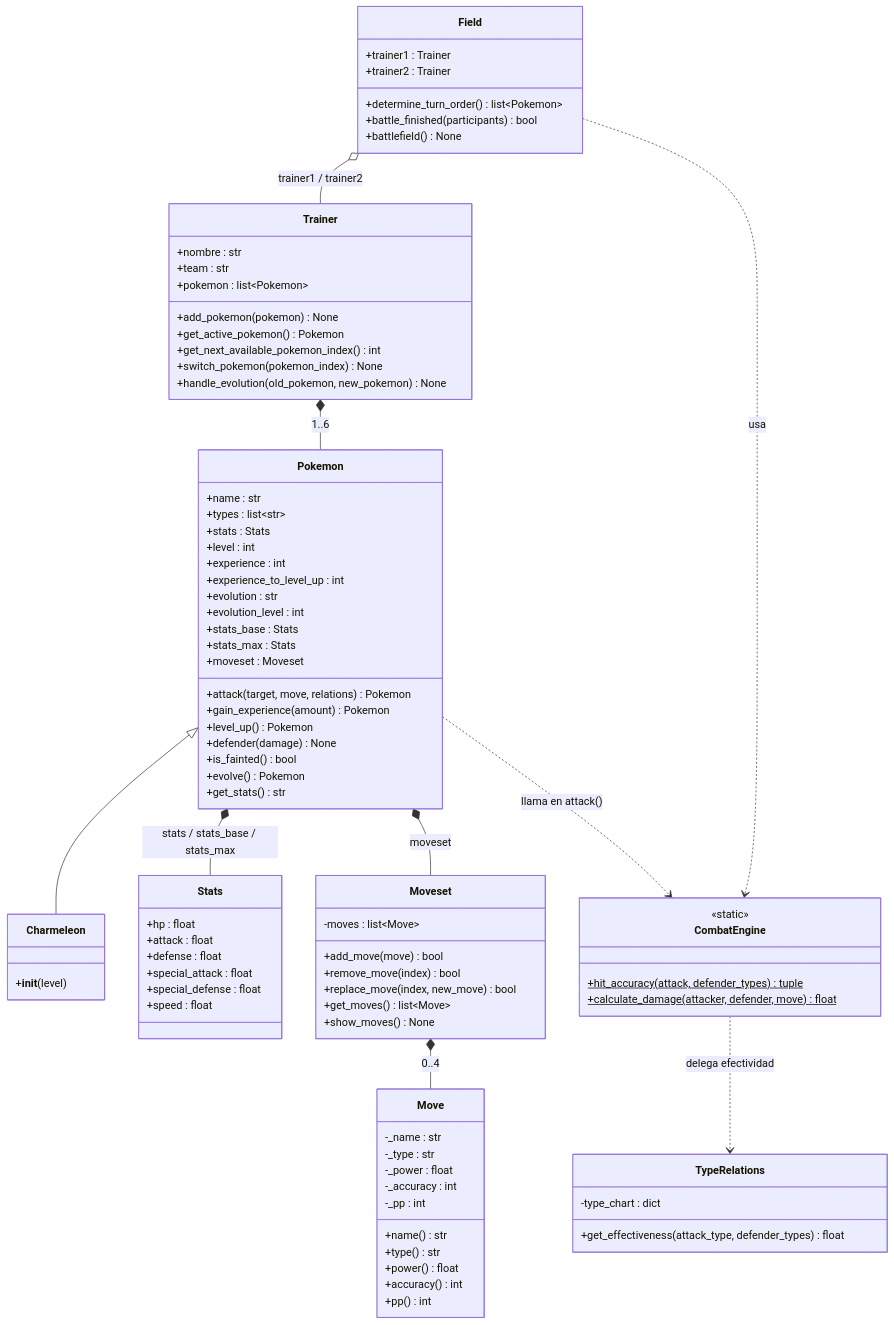
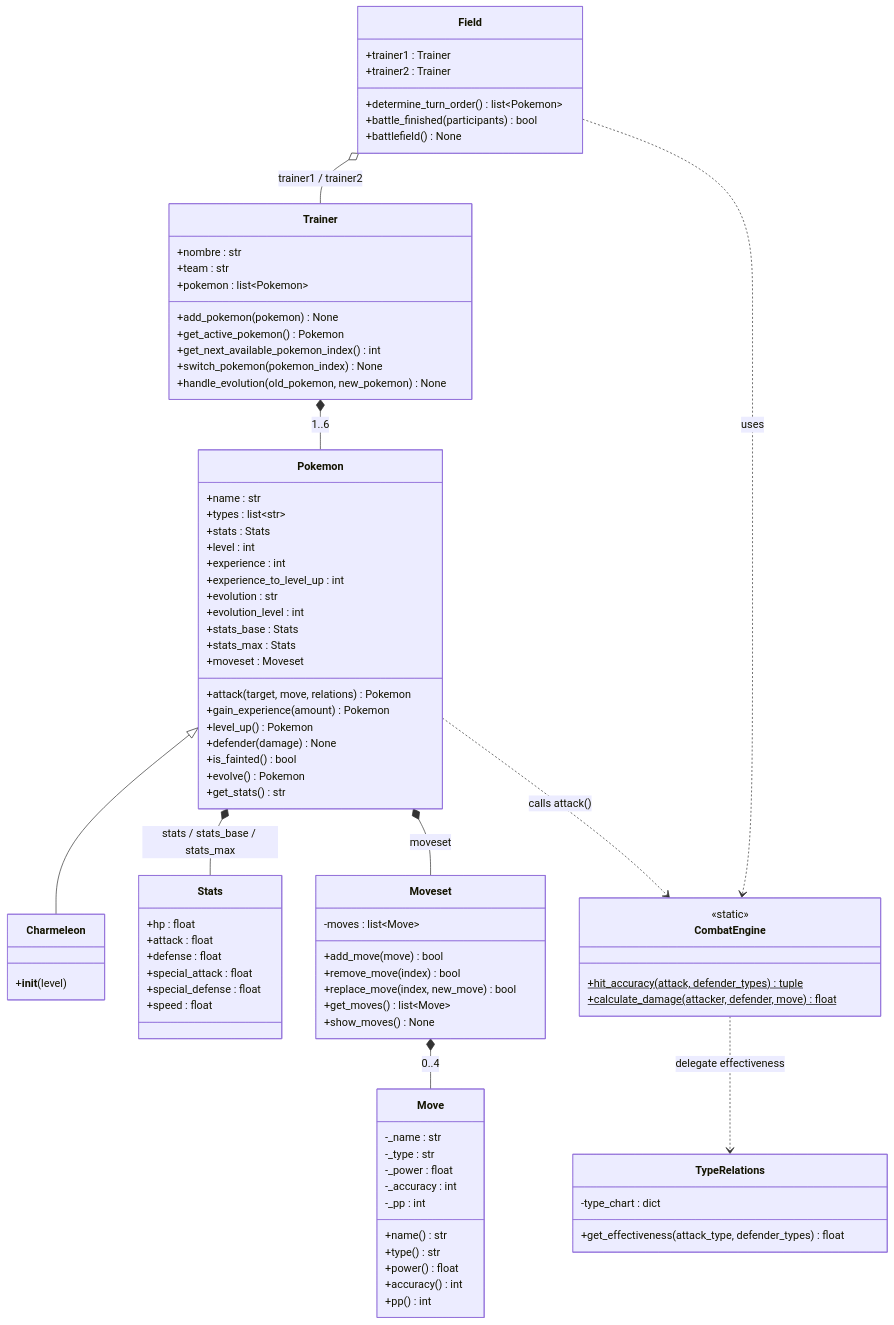
The diagram in README.md (SantiRincon-dev/poo-2026-1), drawn with Mermaid before and after one commit. The commit also changed other lines of this file, not shown here.

Commit message:
Fix formatting and language in README.md
└── para main.py y uso 100% de inglés en el mermaid

````diff
--- a/README.md
+++ b/README.md
@@ -261,7 +261,7 @@
   Moveset *-- Move : 0..4
   Trainer *-- Pokemon : 1..6
   Field o-- Trainer : trainer1 / trainer2
-  Field ..> CombatEngine : usa
-  CombatEngine ..> TypeRelations : delega efectividad
-  Pokemon ..> CombatEngine : llama en attack()
+  Field ..> CombatEngine : uses
+  CombatEngine ..> TypeRelations : delegate effectiveness
+  Pokemon ..> CombatEngine : calls attack()
 ```
````
